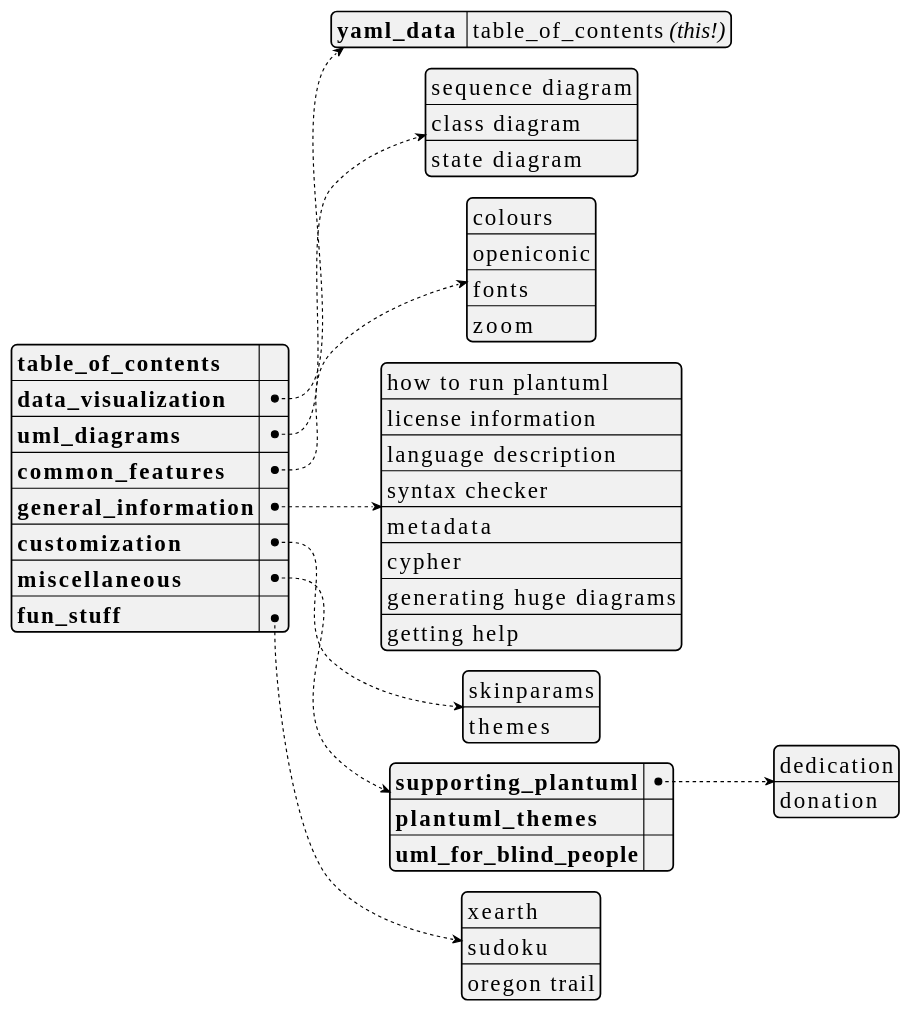
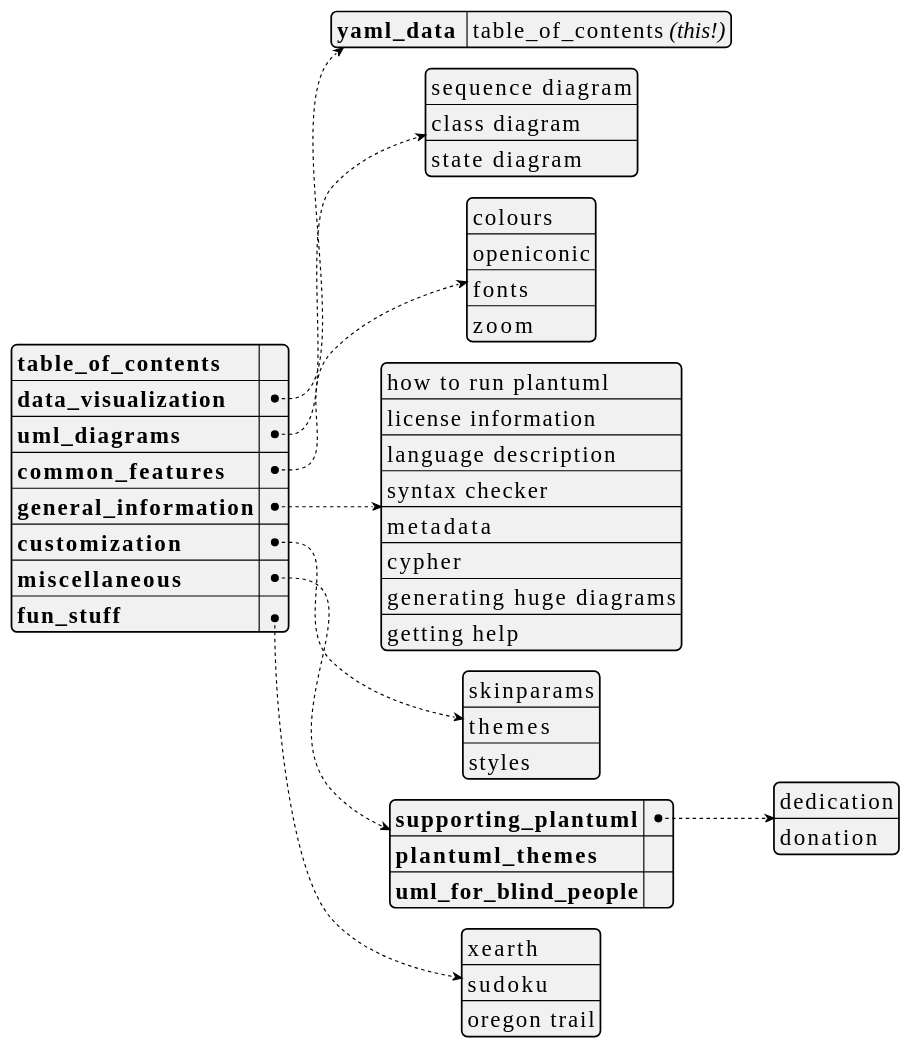
One commit to dragondive/heavens-arena changed the first of 27 diagrams in plantuml_demo.md. Above: the diagram before and after it, drawn with PlantUML. The commit also changed other lines of this file, not shown here.

Commit message:
added customization: styles

````diff
--- a/plantuml_demo.md
+++ b/plantuml_demo.md
@@ -26,57 +26,58 @@
 ```plantuml
 @startyaml
 <style>
 yamlDiagram {
     node {
         ' use a constant width font because that's what developers do.
         FontName Consolas
         FontSize 20
     }
 }
 </style>
 
 /'TODO:
 It would be cool to hyperlink the entries in the table_of_contents to the
 respective section in the document. Not only would it further accentuate the
 [Medium Awareness](https://tvtropes.org/pmwiki/pmwiki.php/Main/MediumAwareness)
 of this yaml document, but also augment the
 [Anachronic Order](https://tvtropes.org/pmwiki/pmwiki.php/Main/AnachronicOrder)
 of the outer markdown document.
 '/
 
 **table_of_contents**: ""  /' workaround: empty string here to avoid dummy link '/
 data_visualization:
     yaml_data : table_of_contents //(this!)//
 uml_diagrams:
     - sequence diagram
     - class diagram
     - state diagram
 common_features:
     - colours
     - openiconic
     - fonts
     - zoom
 general_information:
     - how to run plantuml
     - license information
     - language description
     - syntax checker
     - metadata
     - cypher
     - generating huge diagrams
     - getting help
 customization:
     - skinparams
     - themes
+    - styles
 miscellaneous:
     supporting_plantuml:
         - dedication
         - donation
     plantuml_themes: ""
     uml_for_blind_people: ""
 fun_stuff:
     - xearth
     - sudoku
     - oregon trail
 @endyaml
 ```
````
